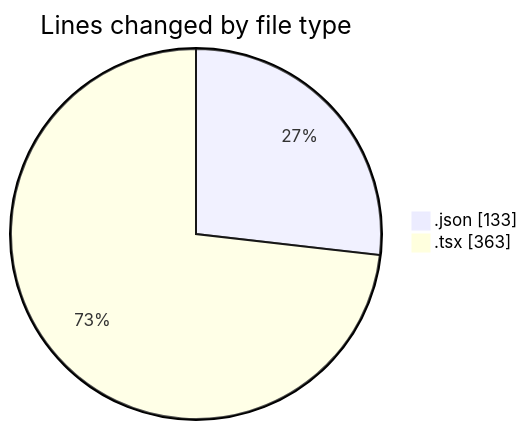
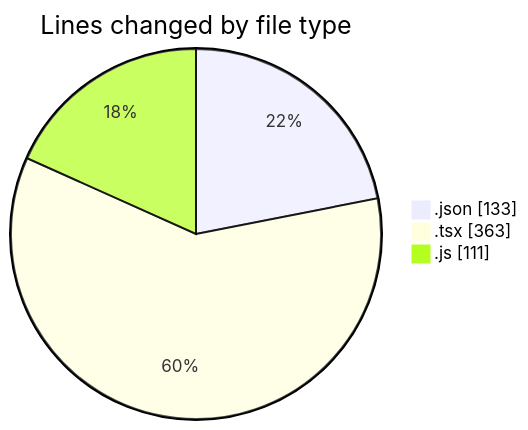
One commit to momahboobian/code-tracking changed the first of 2 diagrams in 2026-01-14/cda/README.md. Above: the diagram before and after it, drawn with Mermaid. The commit also changed other lines of this file and 1 other file, not shown here.

````diff
--- a/2026-01-14/cda/README.md
+++ b/2026-01-14/cda/README.md
@@ -24,6 +25,7 @@
 ```mermaid
 pie showData
 title Lines changed by file type
 ".json" : 133
 ".tsx" : 363
+".js" : 111
 ```
````
